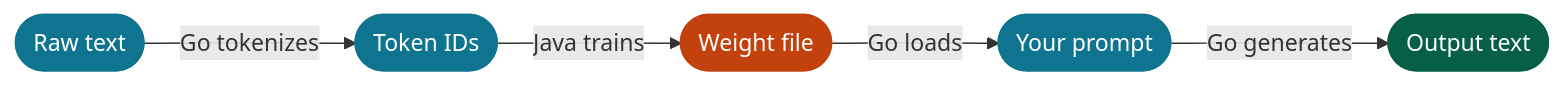
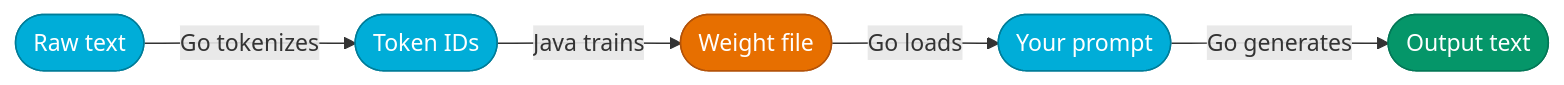
The first of 4 diagrams in README.md (nkosikhumalo/LLM), drawn with Mermaid before and after one commit. The commit also changed other lines of this file, not shown here.

````diff
--- a/README.md
+++ b/README.md
@@ -72,13 +67,13 @@
 ```mermaid
 flowchart LR
     A([Raw text]) -->|Go tokenizes| B([Token IDs])
     B -->|Java trains| C([Weight file])
     C -->|Go loads| D([Your prompt])
     D -->|Go generates| E([Output text])
 
-    style A fill:#0e7490,color:#fff,stroke:#0e7490
-    style B fill:#0e7490,color:#fff,stroke:#0e7490
-    style C fill:#c2410c,color:#fff,stroke:#c2410c
-    style D fill:#0e7490,color:#fff,stroke:#0e7490
-    style E fill:#065f46,color:#fff,stroke:#065f46
+    style A fill:#00ADD8,color:#ffffff,stroke:#007d99
+    style B fill:#00ADD8,color:#ffffff,stroke:#007d99
+    style C fill:#E76F00,color:#ffffff,stroke:#b45309
+    style D fill:#00ADD8,color:#ffffff,stroke:#007d99
+    style E fill:#059669,color:#ffffff,stroke:#047857
 ```
````
